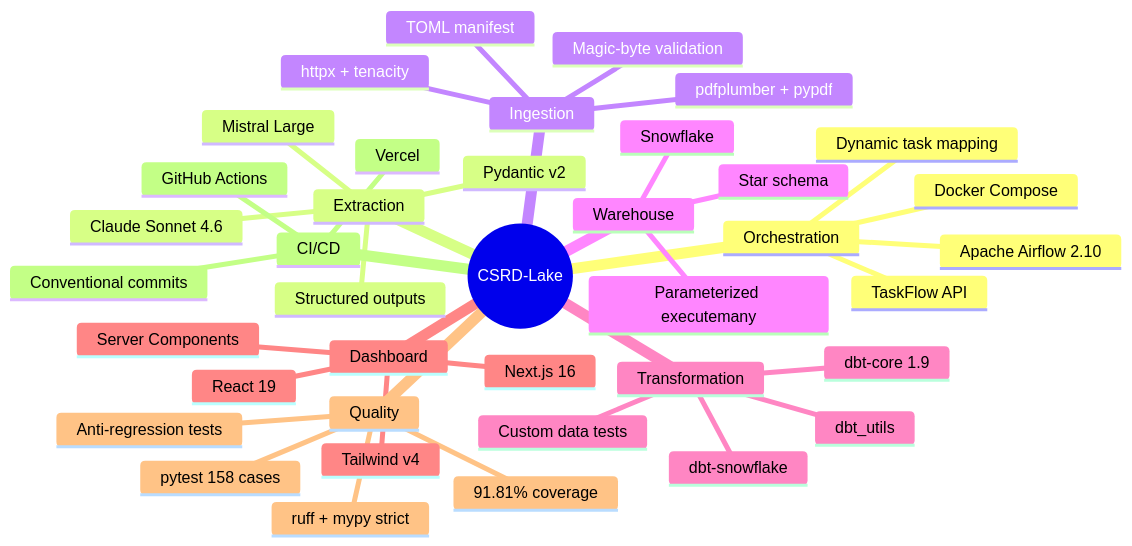
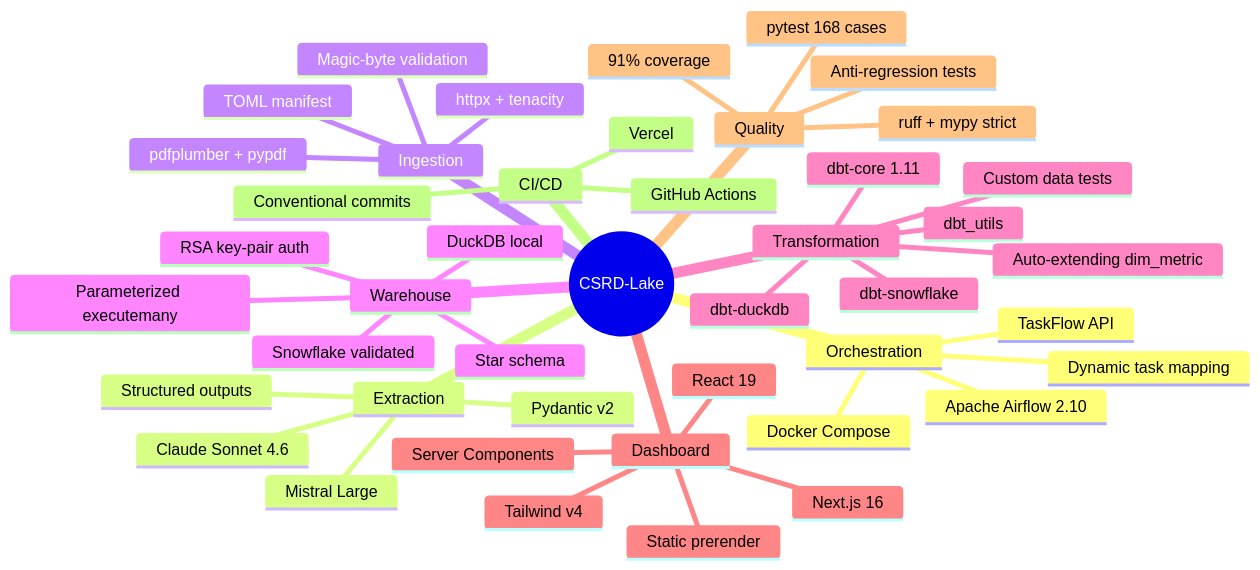
One commit to soneeee22000/csrd-lake changed the second of 2 diagrams in README.md. Above: the diagram before and after it, drawn with Mermaid. The commit also changed other lines of this file and 1 other file, not shown here.

````diff
--- a/README.md
+++ b/README.md
@@ -127,42 +130,47 @@
 ```mermaid
 mindmap
   root((CSRD-Lake))
     Orchestration
       Apache Airflow 2.10
       Docker Compose
       TaskFlow API
       Dynamic task mapping
     Extraction
       Claude Sonnet 4.6
       Mistral Large
       Pydantic v2
       Structured outputs
     Ingestion
       httpx + tenacity
       pdfplumber + pypdf
       TOML manifest
       Magic-byte validation
     Warehouse
-      Snowflake
+      Snowflake validated
+      DuckDB local
       Star schema
       Parameterized executemany
+      RSA key-pair auth
     Transformation
-      dbt-core 1.9
+      dbt-core 1.11
       dbt-snowflake
+      dbt-duckdb
       dbt_utils
+      Auto-extending dim_metric
       Custom data tests
     Dashboard
       Next.js 16
       React 19
       Tailwind v4
       Server Components
+      Static prerender
     Quality
-      pytest 158 cases
+      pytest 168 cases
       ruff + mypy strict
-      91.81% coverage
+      91% coverage
       Anti-regression tests
     CI/CD
       GitHub Actions
       Vercel
       Conventional commits
 ```
````
